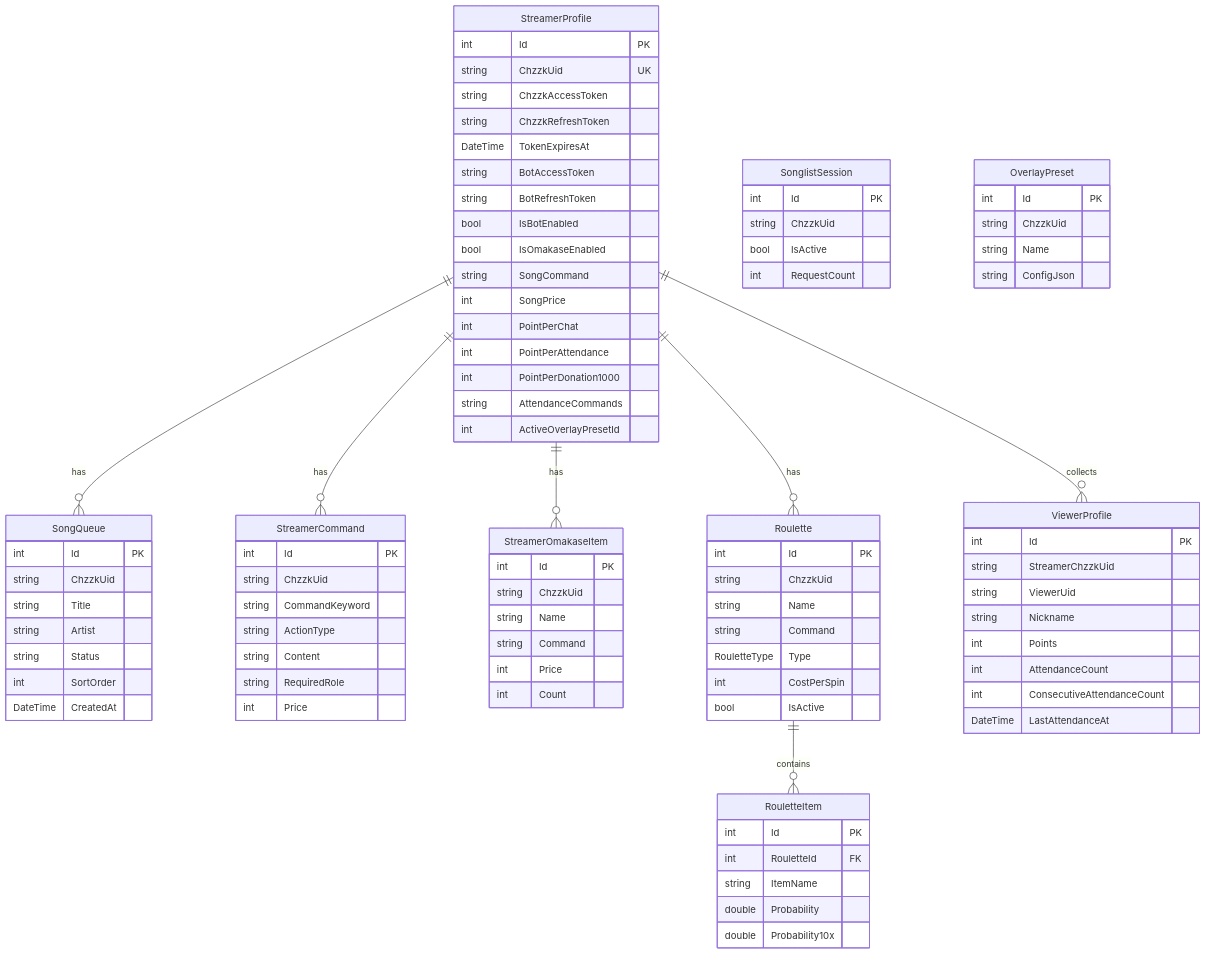
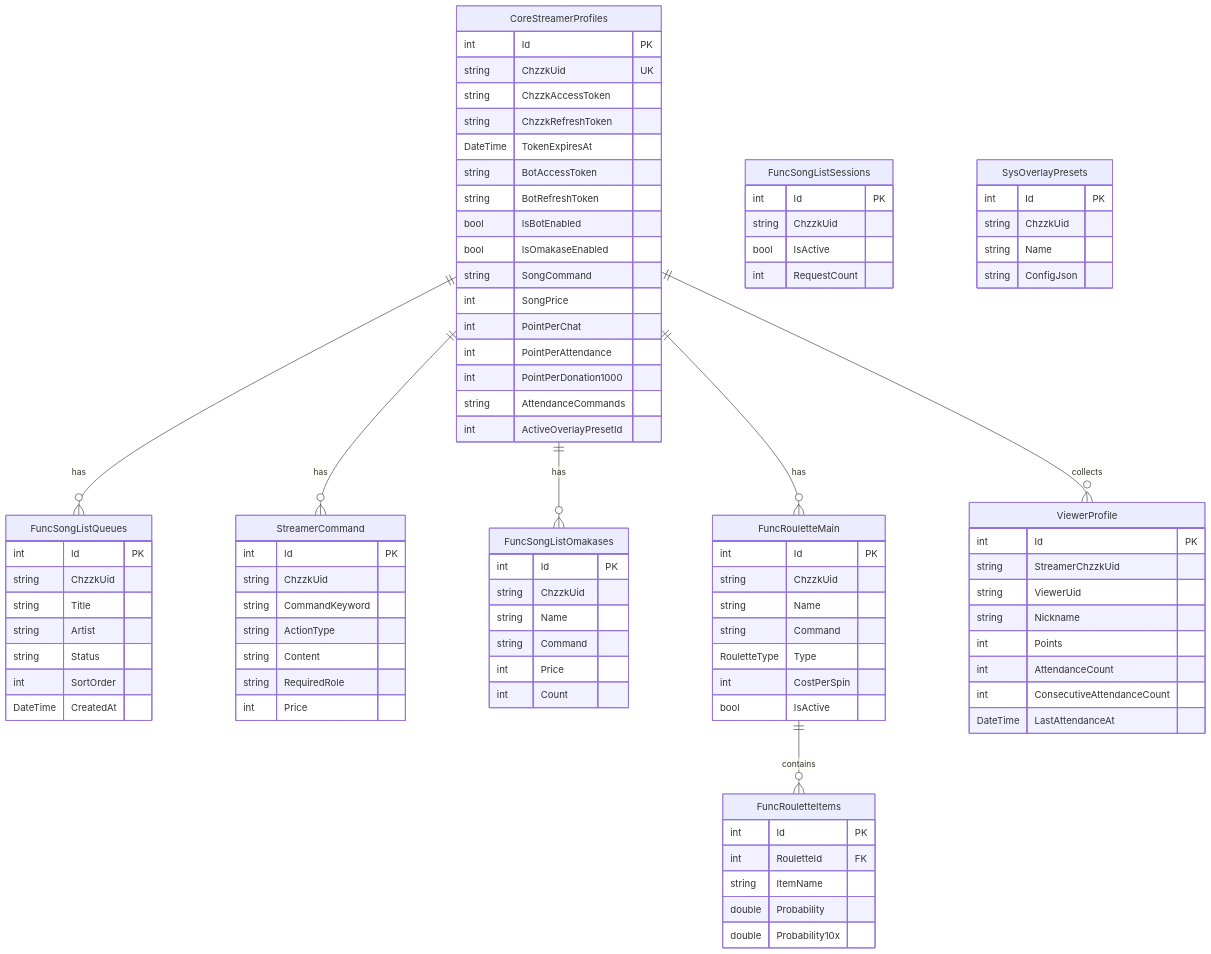
One commit to mooldang257/MooldangBot changed the second of 2 diagrams in mooldang-dev/md/Research2.md. Above: the diagram before and after it, drawn with Mermaid. The commit also changed other lines of this file and 457 other files, not shown here.

````diff
--- a/mooldang-dev/md/Research2.md
+++ b/mooldang-dev/md/Research2.md
@@ -372,6 +372,6 @@
 ```mermaid
 erDiagram
-    StreamerProfile {
+    CoreStreamerProfiles {
         int Id PK
         string ChzzkUid UK
         string ChzzkAccessToken
@@ -390,7 +390,7 @@
         int ActiveOverlayPresetId
     }
 
-    SongQueue {
+    FuncSongListQueues {
         int Id PK
         string ChzzkUid
         string Title
@@ -410,7 +410,7 @@
         int Price
     }
 
-    StreamerOmakaseItem {
+    FuncSongListOmakases {
         int Id PK
         string ChzzkUid
         string Name
@@ -419,7 +419,7 @@
         int Count
     }
 
-    Roulette {
+    FuncRouletteMain {
         int Id PK
         string ChzzkUid
         string Name
@@ -429,7 +429,7 @@
         bool IsActive
     }
 
-    RouletteItem {
+    FuncRouletteItems {
         int Id PK
         int RouletteId FK
         string ItemName
@@ -448,24 +448,24 @@
         DateTime LastAttendanceAt
     }
 
-    SonglistSession {
+    FuncSongListSessions {
         int Id PK
         string ChzzkUid
         bool IsActive
         int RequestCount
     }
 
-    OverlayPreset {
+    SysOverlayPresets {
         int Id PK
         string ChzzkUid
         string Name
         string ConfigJson
     }
 
-    StreamerProfile ||--o{ SongQueue : "has"
-    StreamerProfile ||--o{ StreamerCommand : "has"
-    StreamerProfile ||--o{ StreamerOmakaseItem : "has"
-    StreamerProfile ||--o{ Roulette : "has"
-    StreamerProfile ||--o{ ViewerProfile : "collects"
-    Roulette ||--o{ RouletteItem : "contains"
+    CoreStreamerProfiles ||--o{ FuncSongListQueues : "has"
+    CoreStreamerProfiles ||--o{ StreamerCommand : "has"
+    CoreStreamerProfiles ||--o{ FuncSongListOmakases : "has"
+    CoreStreamerProfiles ||--o{ FuncRouletteMain : "has"
+    CoreStreamerProfiles ||--o{ ViewerProfile : "collects"
+    FuncRouletteMain ||--o{ FuncRouletteItems : "contains"
 ```
````
